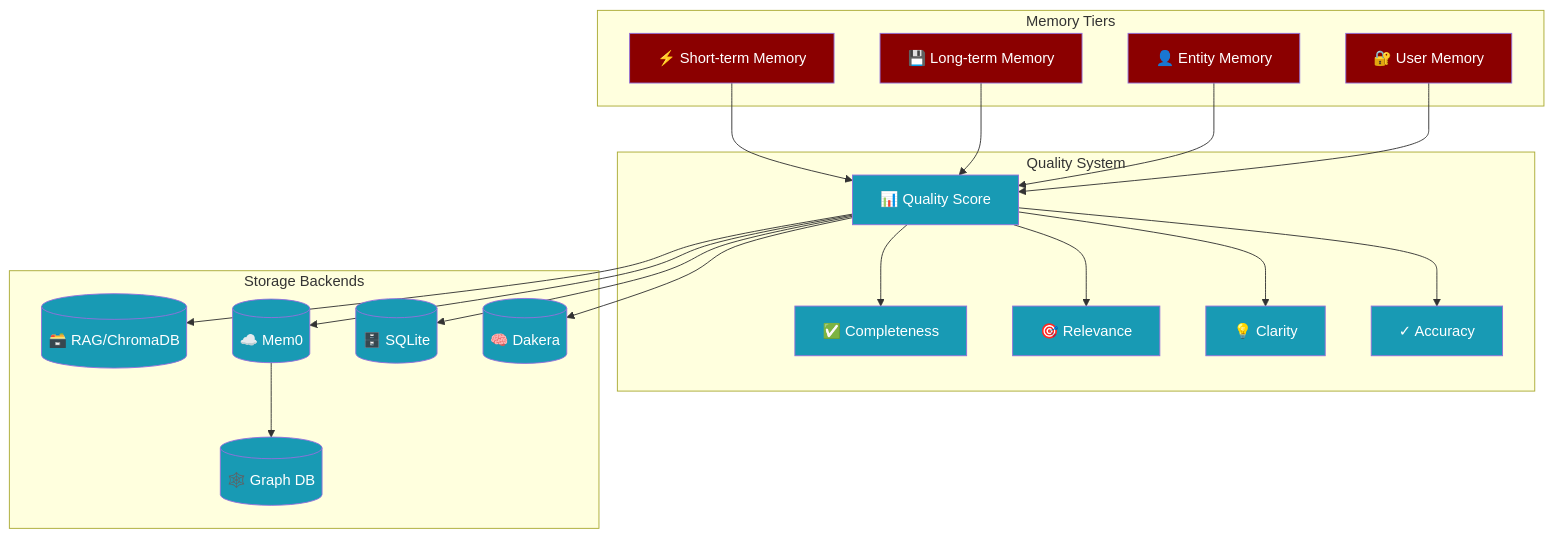
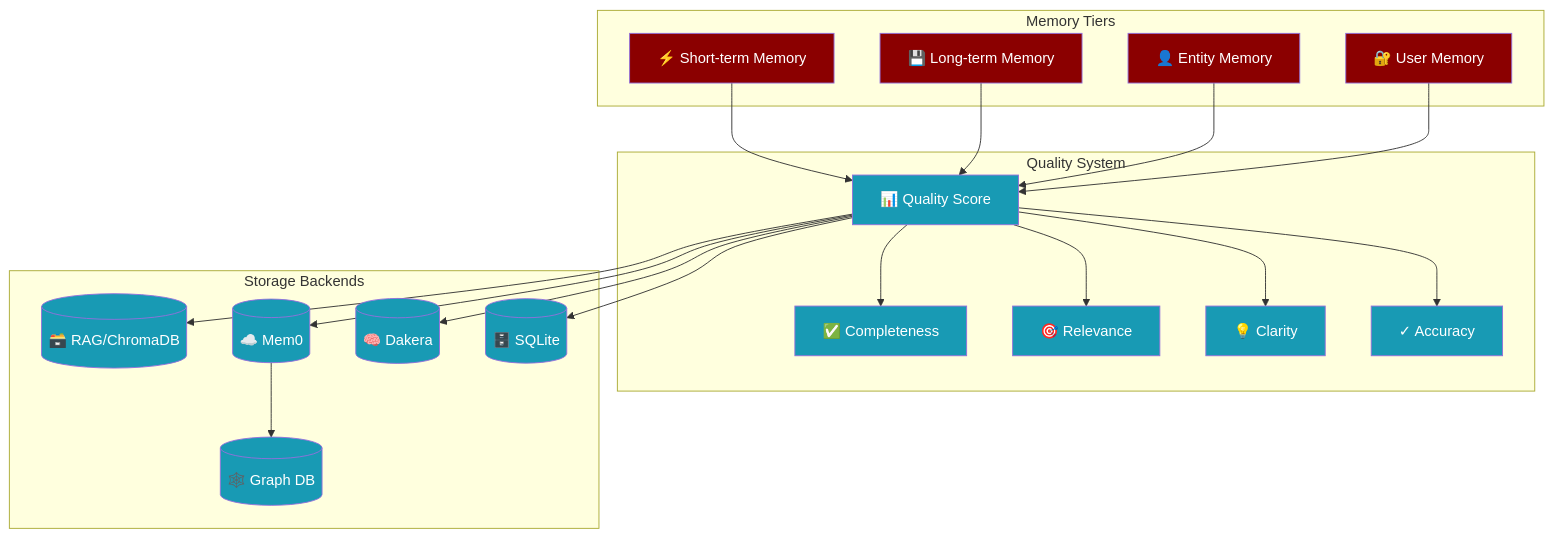
One commit to MervinPraison/PraisonAIDocs changed the first of 2 diagrams in docs/features/advanced-memory.mdx. Above: the diagram before and after it, drawn with Mermaid. The commit also changed other lines of this file and 5 other files, not shown here.

````diff
--- a/docs/features/advanced-memory.mdx
+++ b/docs/features/advanced-memory.mdx
@@ -23,47 +23,47 @@
 ```mermaid
 graph TB
     subgraph Memory Tiers
         STM[⚡ Short-term Memory]
         LTM[💾 Long-term Memory]
         ENT[👤 Entity Memory]
         USR[🔐 User Memory]
     end
     
     subgraph Quality System
         SCORE[📊 Quality Score]
         COMP[✅ Completeness]
         REL[🎯 Relevance]
         CLR[💡 Clarity]
         ACC[✓ Accuracy]
     end
     
     subgraph Storage Backends
         RAG[(🗃️ RAG/ChromaDB)]
         MEM0[(☁️ Mem0)]
+        DAKERA[(🧠 Dakera)]
         SQL[(🗄️ SQLite)]
         GRAPH[(🕸️ Graph DB)]
-        DAKERA[(🧠 Dakera)]
     end
     
     STM --> SCORE
     LTM --> SCORE
     ENT --> SCORE
     USR --> SCORE
     
     SCORE --> COMP
     SCORE --> REL
     SCORE --> CLR
     SCORE --> ACC
     
     SCORE --> RAG
     SCORE --> MEM0
+    SCORE --> DAKERA
     SCORE --> SQL
-    SCORE --> DAKERA
     MEM0 --> GRAPH
     
     classDef agent fill:#8B0000,color:#fff
     classDef tool fill:#189AB4,color:#fff
     
     class STM,LTM,ENT,USR agent
     class SCORE,COMP,REL,CLR,ACC,RAG,MEM0,SQL,GRAPH,DAKERA tool
 ```
````
